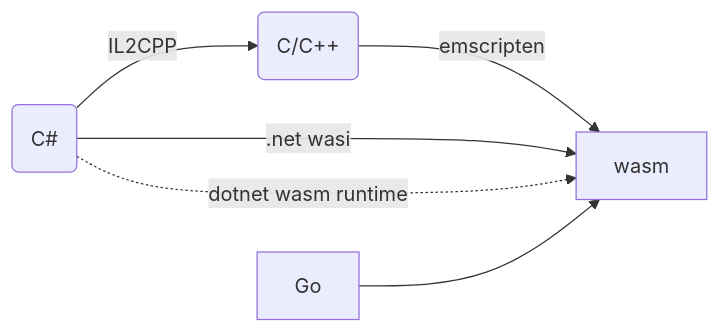
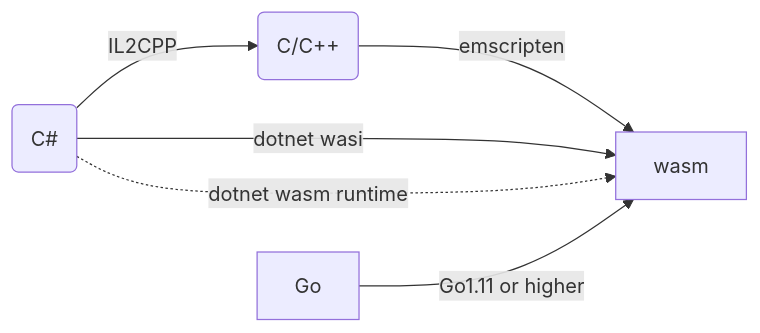
Before and after one commit to pps43/pps43.github.io: the second of 2 diagrams in content/posts/unite2024_wechatminigame.md, drawn with Mermaid. The commit also changed other lines of this file, not shown here.

````diff
--- a/content/posts/unite2024_wechatminigame.md
+++ b/content/posts/unite2024_wechatminigame.md
@@ -29,8 +51,8 @@
 ```mermaid
 flowchart LR
 C(C/C++)-->|emscripten| wasm
-CS(C#)-->|.net wasi| wasm
+CS(C#)-->|dotnet wasi| wasm
 CS-->|IL2CPP| C
 CS-.->|dotnet wasm runtime|wasm
-Go-->wasm
+Go-->|Go1.11 or higher|wasm
 ```
````
